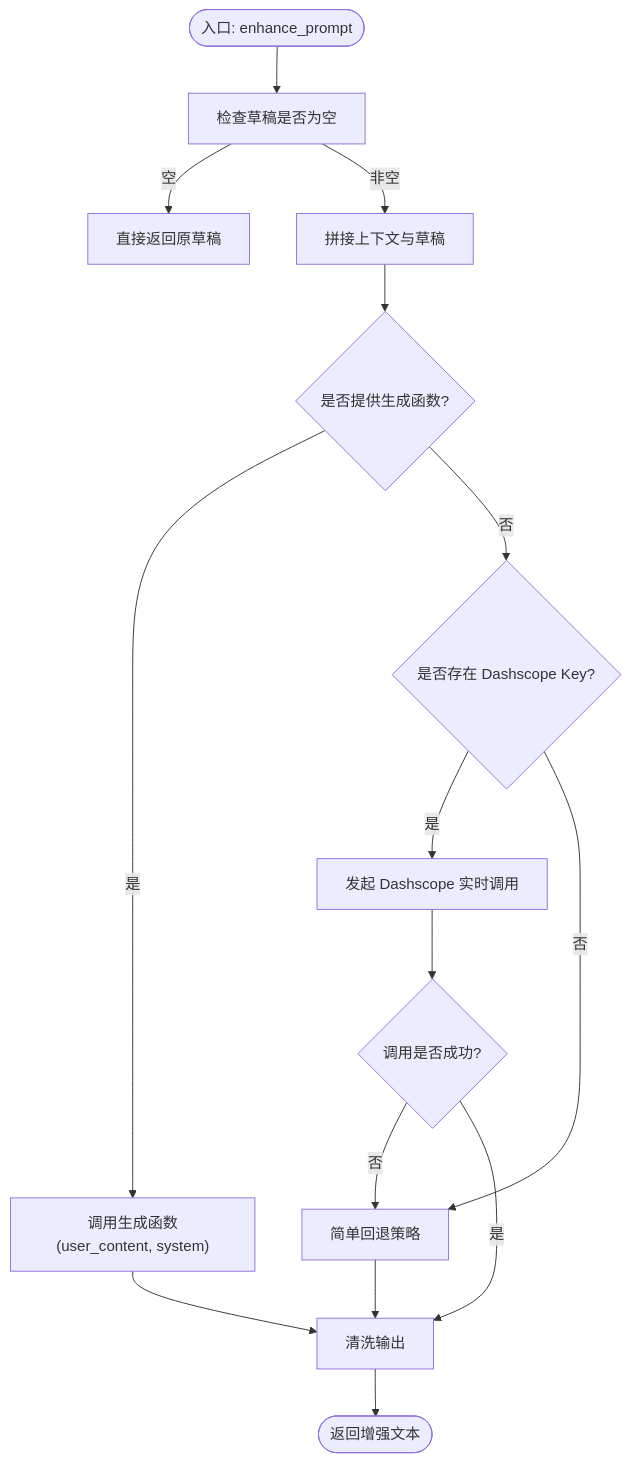
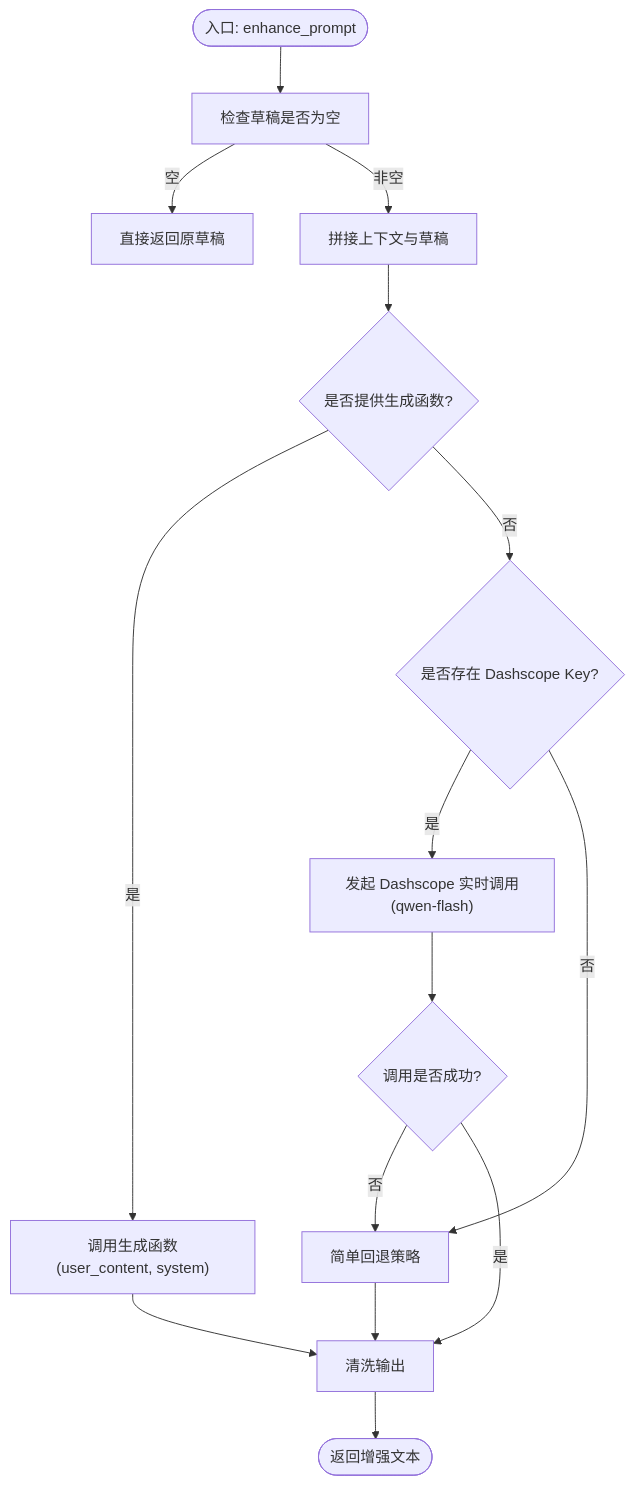
One commit to WyRainBow/PromptCocoPilot changed the third of 7 diagrams in .qoder/repowiki/zh/content/核心架构/增强引擎.md. Above: the diagram before and after it, drawn with Mermaid. The commit also changed other lines of this file and 57 other files, not shown here.

````diff
--- a/.qoder/repowiki/zh/content/核心架构/增强引擎.md
+++ b/.qoder/repowiki/zh/content/核心架构/增强引擎.md
@@ -174,17 +177,17 @@
 ```mermaid
 flowchart TD
 Start(["入口: enhance_prompt"]) --> CheckDraft["检查草稿是否为空"]
 CheckDraft --> |空| ReturnDraft["直接返回原草稿"]
 CheckDraft --> |非空| BuildInput["拼接上下文与草稿"]
 BuildInput --> HasGenFn{"是否提供生成函数?"}
 HasGenFn --> |是| GenFn["调用生成函数(user_content, system)"]
 HasGenFn --> |否| HasKey{"是否存在 Dashscope Key?"}
-HasKey --> |是| RealCall["发起 Dashscope 实时调用"]
+HasKey --> |是| RealCall["发起 Dashscope 实时调用(qwen-flash)"]
 HasKey --> |否| Fallback["简单回退策略"]
 RealCall --> TryCatch{"调用是否成功?"}
 TryCatch --> |否| Fallback
 TryCatch --> |是| Clean["清洗输出"]
 GenFn --> Clean
 Fallback --> Clean
 Clean --> End(["返回增强文本"])
 ```
````
